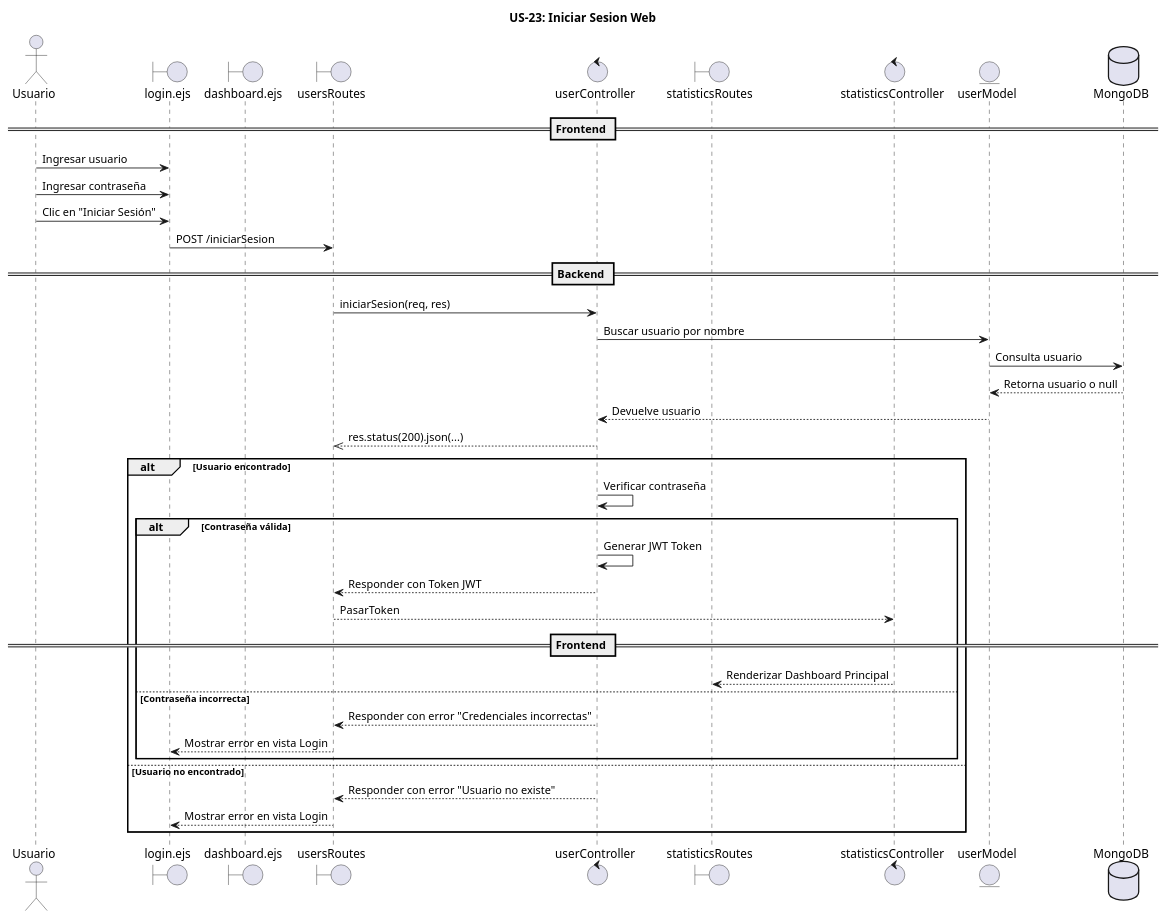
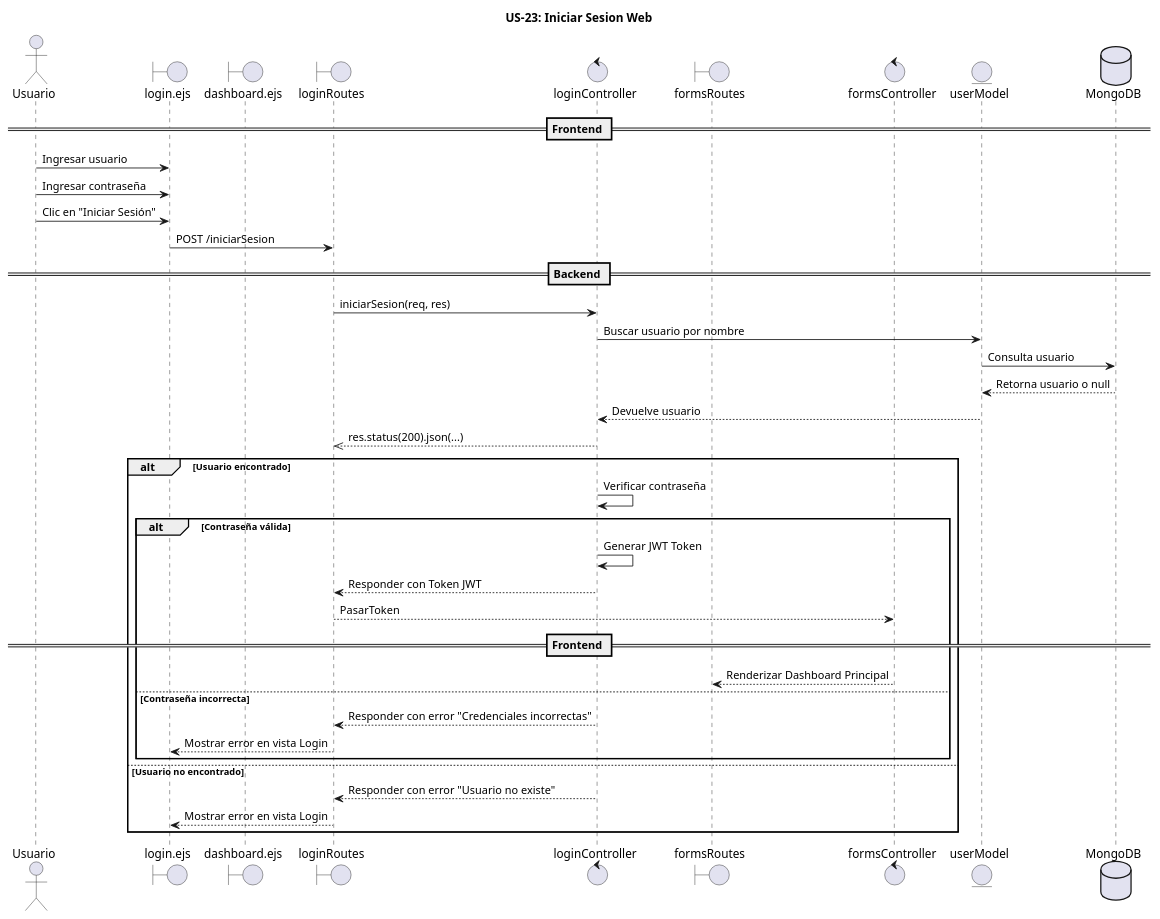
The diagram in MVP/US-23-iniciarSesion/Web/US-23-iniciarSesion.puml (PIX3L-IT/dieselflow-dise-o), drawn with PlantUML before and after one commit. The commit also changed 1 other file, not shown here.

Commit message:
docs: diagrama secuencia iniciar sesion

```diff
--- a/MVP/US-23-iniciarSesion/Web/US-23-iniciarSesion.puml
+++ b/MVP/US-23-iniciarSesion/Web/US-23-iniciarSesion.puml
@@ -1,48 +1,48 @@
 @startuml 
 title US-23: Iniciar Sesion Web
 
 actor Usuario as U
 
 boundary "login.ejs" as VistaLogin
 boundary "dashboard.ejs" as VistaDashboard
-boundary "usersRoutes" as Router
-control "userController" as Controller
-boundary "statisticsRoutes" as SRouter
-control "statisticsController" as SController
+boundary "loginRoutes" as Router
+control "loginController" as Controller
+boundary "formsRoutes" as SRouter
+control "formsController" as SController
 entity "userModel" as Modelo
 database "MongoDB" as DB
 
 == Frontend ==
 U -> VistaLogin : Ingresar usuario
 U -> VistaLogin : Ingresar contraseña 
 U -> VistaLogin : Clic en "Iniciar Sesión"
 VistaLogin -> Router : POST /iniciarSesion
 
 == Backend ==
 Router -> Controller : iniciarSesion(req, res)
 Controller -> Modelo : Buscar usuario por nombre
 Modelo -> DB : Consulta usuario
 DB --> Modelo : Retorna usuario o null
 Modelo --> Controller : Devuelve usuario
 Controller -->> Router : res.status(200).json(...)
 
 alt Usuario encontrado
     Controller -> Controller : Verificar contraseña
     alt Contraseña válida
         Controller -> Controller : Generar JWT Token
         Controller --> Router : Responder con Token JWT
         Router --> SController : PasarToken
         == Frontend ==
         SController --> SRouter : Renderizar Dashboard Principal
 
     else Contraseña incorrecta
         Controller --> Router : Responder con error "Credenciales incorrectas"
         Router --> VistaLogin : Mostrar error en vista Login
     end
 else Usuario no encontrado
     Controller --> Router : Responder con error "Usuario no existe"
     Router --> VistaLogin : Mostrar error en vista Login
 end
 
 
 @enduml
```
